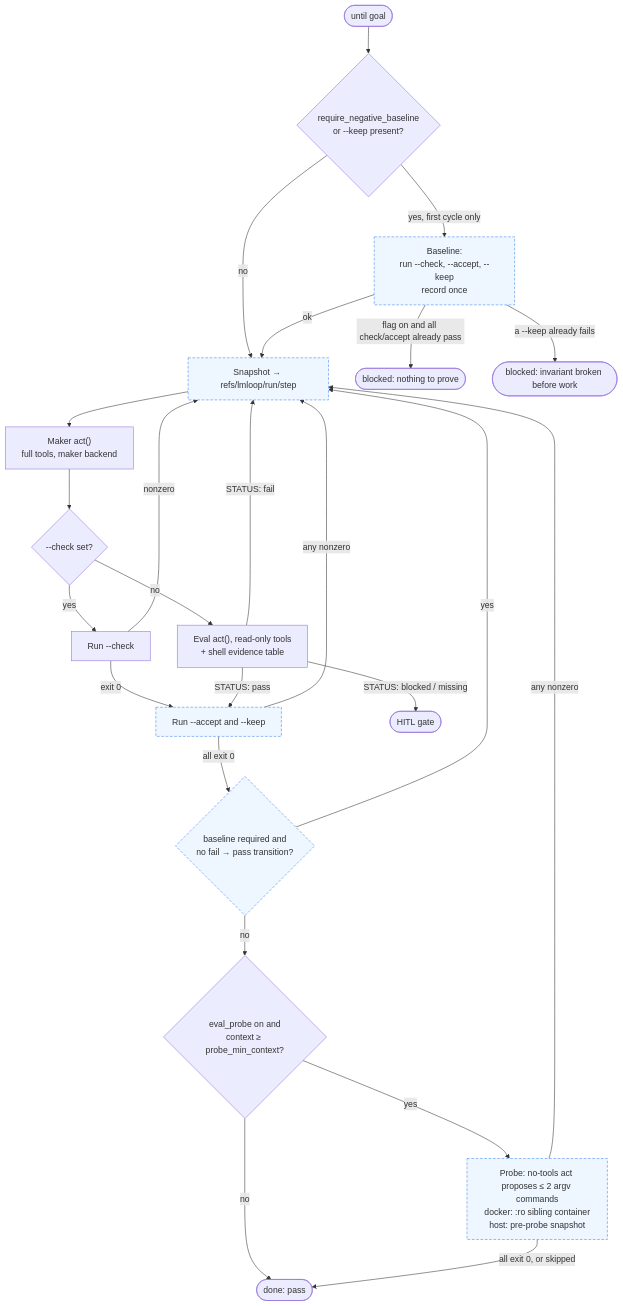
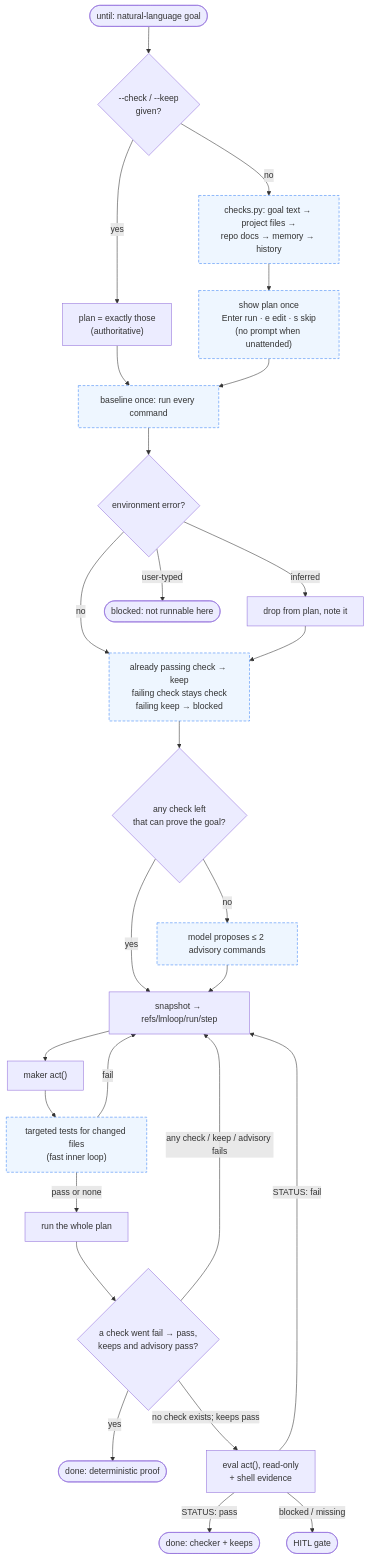
One commit to XD-Builder/environment-setup changed the fifth of 5 diagrams in lmloop/docs/DESIGN_SANDBOX_AND_VERIFICATION.md. Above: the diagram before and after it, drawn with Mermaid. The commit also changed other lines of this file and 2 other files, not shown here.

````diff
--- a/lmloop/docs/DESIGN_SANDBOX_AND_VERIFICATION.md
+++ b/lmloop/docs/DESIGN_SANDBOX_AND_VERIFICATION.md
@@ -425,28 +591,31 @@
 ```mermaid
 flowchart TD
   classDef new fill:#eef6ff,stroke:#3b82f6,stroke-dasharray:5 3
 
-  start(["until goal"]) --> base{"require_negative_baseline<br/>or --keep present?"}
-  base -->|"yes, first cycle only"| bl["Baseline:<br/>run --check, --accept, --keep<br/>record once"]:::new
-  base -->|"no"| snap
-  bl -->|"flag on and all check/accept already pass"| blocked1(["blocked: nothing to prove"])
-  bl -->|"a --keep already fails"| blocked2(["blocked: invariant broken before work"])
-  bl -->|"ok"| snap["Snapshot → refs/lmloop/run/step"]:::new
-  snap --> maker["Maker act()<br/>full tools, maker backend"]
-  maker --> hascheck{"--check set?"}
-  hascheck -->|"yes"| check["Run --check"]
-  hascheck -->|"no"| eval["Eval act(), read-only tools<br/>+ shell evidence table"]
-  check -->|"nonzero"| snap
-  check -->|"exit 0"| acc
-  eval -->|"STATUS: fail"| snap
-  eval -->|"STATUS: blocked / missing"| gate(["HITL gate"])
-  eval -->|"STATUS: pass"| acc["Run --accept and --keep"]:::new
-  acc -->|"any nonzero"| snap
-  acc -->|"all exit 0"| trans{"baseline required and<br/>no fail → pass transition?"}:::new
-  trans -->|"yes"| snap
-  trans -->|"no"| pr{"eval_probe on and<br/>context ≥ probe_min_context?"}
-  pr -->|"no"| done(["done: pass"])
-  pr -->|"yes"| probe["Probe: no-tools act proposes ≤ 2 argv commands<br/>docker: :ro sibling container<br/>host: pre-probe snapshot"]:::new
-  probe -->|"any nonzero"| snap
-  probe -->|"all exit 0, or skipped"| done
+  goal(["until: natural-language goal"]) --> flags{"--check / --keep<br/>given?"}
+  flags -->|"yes"| exact["plan = exactly those<br/>(authoritative)"]
+  flags -->|"no"| infer["checks.py: goal text → project files →<br/>repo docs → memory → history"]:::new
+  infer --> show["show plan once<br/>Enter run · e edit · s skip<br/>(no prompt when unattended)"]:::new
+  exact --> base
+  show --> base["baseline once: run every command"]:::new
+  base --> env{"environment error?"}
+  env -->|"inferred"| drop["drop from plan, note it"]
+  env -->|"user-typed"| blk1(["blocked: not runnable here"])
+  env -->|"no"| cls["already passing check → keep<br/>failing check stays check<br/>failing keep → blocked"]:::new
+  drop --> cls
+  cls --> none{"any check left<br/>that can prove the goal?"}
+  none -->|"no"| propose["model proposes ≤ 2 advisory commands"]:::new
+  none -->|"yes"| snap
+  propose --> snap["snapshot → refs/lmloop/run/step"]
+  snap --> maker["maker act()"]
+  maker --> narrow["targeted tests for changed files<br/>(fast inner loop)"]:::new
+  narrow -->|"fail"| snap
+  narrow -->|"pass or none"| runplan["run the whole plan"]
+  runplan --> decide{"a check went fail → pass,<br/>keeps and advisory pass?"}
+  decide -->|"yes"| done(["done: deterministic proof"])
+  decide -->|"any check / keep / advisory fails"| snap
+  decide -->|"no check exists; keeps pass"| ev["eval act(), read-only<br/>+ shell evidence"]
+  ev -->|"STATUS: pass"| done2(["done: checker + keeps"])
+  ev -->|"STATUS: fail"| snap
+  ev -->|"blocked / missing"| gate(["HITL gate"])
 ```
````
